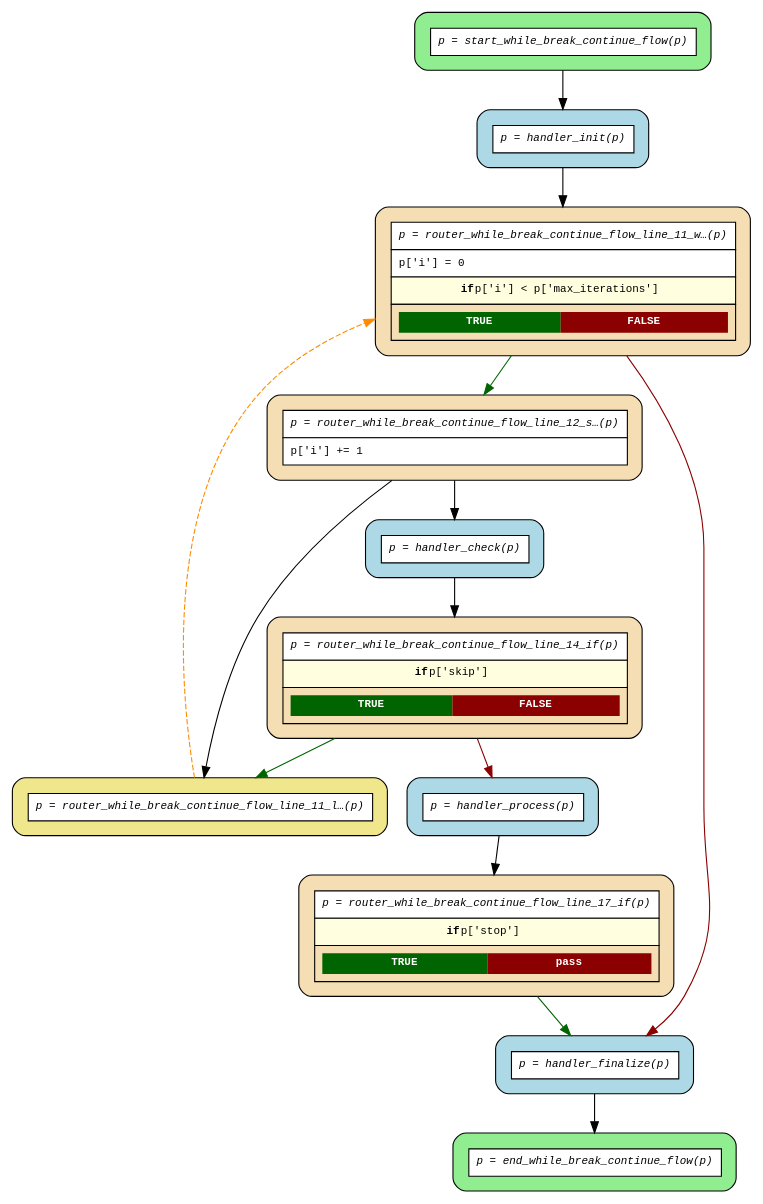
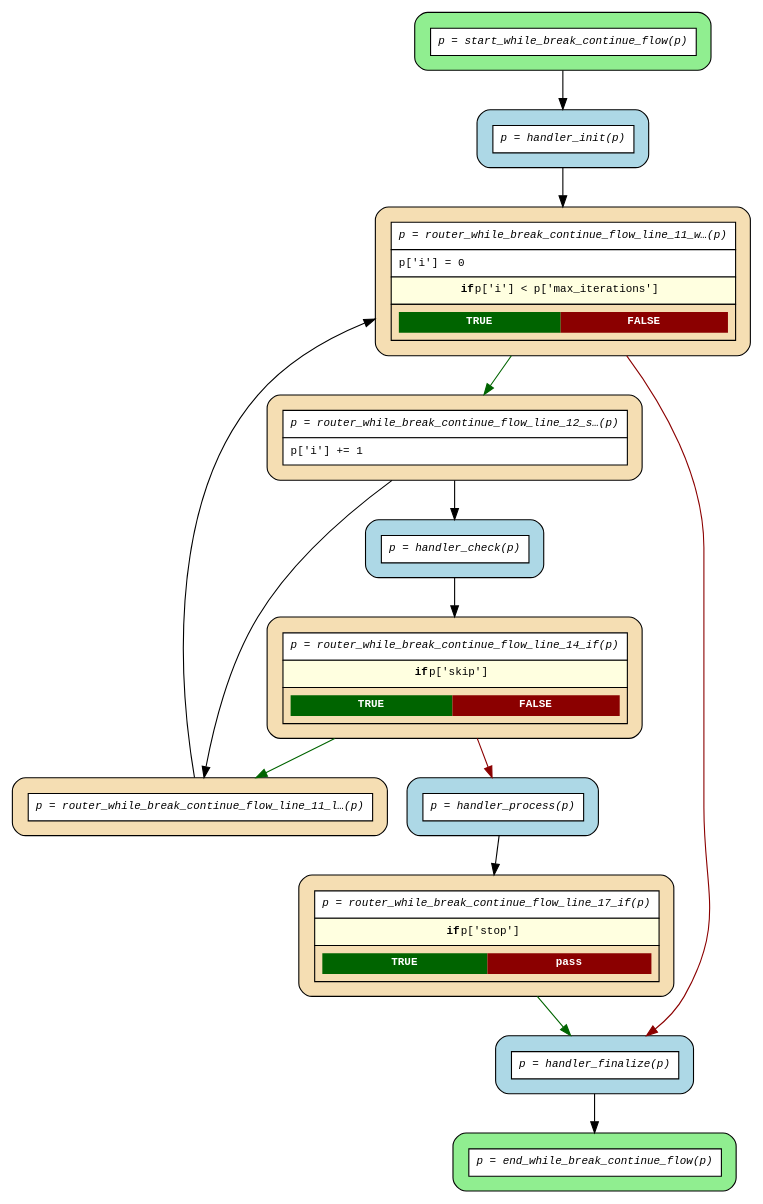
The diagram in examples/flows/compiled/while_break_continue/flow.dot (deliveryhero/asya), drawn with Graphviz before and after one commit. The commit also changed 27 other files, not shown here.

```diff
--- a/examples/flows/compiled/while_break_continue/flow.dot
+++ b/examples/flows/compiled/while_break_continue/flow.dot
@@ -1,32 +1,32 @@
 digraph flow {
   rankdir=TB;
   graph [fontname="Courier", fontsize=10];
   node [fontname="Courier", fontsize=10, shape=box, style="filled,rounded", margin="0.2"];
   edge [fontname="Courier", fontsize=10];
 
   start_while_break_continue_flow [fillcolor="lightgreen", label=<<table border="0" cellspacing="0" cellpadding="6" cellborder="1"><tr><td bgcolor="white" align="center"><i>p = start_while_break_continue_flow(p)</i></td></tr></table>>];
   router_while_break_continue_flow_line_17_if [fillcolor="wheat", label=<<table border="0" cellspacing="0" cellpadding="6" cellborder="1"><tr><td bgcolor="white" align="center"><i>p = router_while_break_continue_flow_line_17_if(p)</i></td></tr><tr><td bgcolor="lightyellow"><b>if</b> p['stop']</td></tr><tr><td><table border="0" cellspacing="0" cellpadding="4"><tr><td bgcolor="darkgreen"><font color="white"><b>TRUE</b></font></td><td bgcolor="darkred"><font color="white"><b>pass</b></font></td></tr></table></td></tr></table>>];
   router_while_break_continue_flow_line_14_if [fillcolor="wheat", label=<<table border="0" cellspacing="0" cellpadding="6" cellborder="1"><tr><td bgcolor="white" align="center"><i>p = router_while_break_continue_flow_line_14_if(p)</i></td></tr><tr><td bgcolor="lightyellow"><b>if</b> p['skip']</td></tr><tr><td><table border="0" cellspacing="0" cellpadding="4"><tr><td bgcolor="darkgreen"><font color="white"><b>TRUE</b></font></td><td bgcolor="darkred"><font color="white"><b>FALSE</b></font></td></tr></table></td></tr></table>>];
   router_while_break_continue_flow_line_12_seq [fillcolor="wheat", label=<<table border="0" cellspacing="0" cellpadding="6" cellborder="1"><tr><td bgcolor="white" align="center"><i>p = router_while_break_continue_flow_line_12_s…(p)</i></td></tr><tr><td bgcolor="white" align="left">p['i'] += 1</td></tr></table>>];
-  router_while_break_continue_flow_line_11_loop_back_0 [fillcolor="khaki", label=<<table border="0" cellspacing="0" cellpadding="6" cellborder="1"><tr><td bgcolor="white" align="center"><i>p = router_while_break_continue_flow_line_11_l…(p)</i></td></tr></table>>];
+  router_while_break_continue_flow_line_11_loop_back_0 [fillcolor="wheat", label=<<table border="0" cellspacing="0" cellpadding="6" cellborder="1"><tr><td bgcolor="white" align="center"><i>p = router_while_break_continue_flow_line_11_l…(p)</i></td></tr></table>>];
   router_while_break_continue_flow_line_11_while_0 [fillcolor="wheat", label=<<table border="0" cellspacing="0" cellpadding="6" cellborder="1"><tr><td bgcolor="white" align="center"><i>p = router_while_break_continue_flow_line_11_w…(p)</i></td></tr><tr><td bgcolor="white" align="left">p['i'] = 0</td></tr><tr><td bgcolor="lightyellow"><b>if</b> p['i'] &lt; p['max_iterations']</td></tr><tr><td><table border="0" cellspacing="0" cellpadding="4"><tr><td bgcolor="darkgreen"><font color="white"><b>TRUE</b></font></td><td bgcolor="darkred"><font color="white"><b>FALSE</b></font></td></tr></table></td></tr></table>>];
   end_while_break_continue_flow [fillcolor="lightgreen", label=<<table border="0" cellspacing="0" cellpadding="6" cellborder="1"><tr><td bgcolor="white" align="center"><i>p = end_while_break_continue_flow(p)</i></td></tr></table>>];
   handler_check [fillcolor="lightblue", label=<<table border="0" cellspacing="0" cellpadding="6" cellborder="1"><tr><td bgcolor="white" align="center"><i>p = handler_check(p)</i></td></tr></table>>];
   handler_finalize [fillcolor="lightblue", label=<<table border="0" cellspacing="0" cellpadding="6" cellborder="1"><tr><td bgcolor="white" align="center"><i>p = handler_finalize(p)</i></td></tr></table>>];
   handler_init [fillcolor="lightblue", label=<<table border="0" cellspacing="0" cellpadding="6" cellborder="1"><tr><td bgcolor="white" align="center"><i>p = handler_init(p)</i></td></tr></table>>];
   handler_process [fillcolor="lightblue", label=<<table border="0" cellspacing="0" cellpadding="6" cellborder="1"><tr><td bgcolor="white" align="center"><i>p = handler_process(p)</i></td></tr></table>>];
 
   handler_check -> router_while_break_continue_flow_line_14_if;
   handler_finalize -> end_while_break_continue_flow;
   handler_init -> router_while_break_continue_flow_line_11_while_0;
   handler_process -> router_while_break_continue_flow_line_17_if;
-  router_while_break_continue_flow_line_11_loop_back_0 -> router_while_break_continue_flow_line_11_while_0 [style=dashed, color=darkorange, constraint=false];
+  router_while_break_continue_flow_line_11_loop_back_0 -> router_while_break_continue_flow_line_11_while_0 [constraint=false];
   router_while_break_continue_flow_line_11_while_0 -> handler_finalize [color=darkred];
   router_while_break_continue_flow_line_11_while_0 -> router_while_break_continue_flow_line_12_seq [color=darkgreen];
   router_while_break_continue_flow_line_12_seq -> handler_check;
   router_while_break_continue_flow_line_12_seq -> router_while_break_continue_flow_line_11_loop_back_0;
   router_while_break_continue_flow_line_14_if -> handler_process [color=darkred];
   router_while_break_continue_flow_line_14_if -> router_while_break_continue_flow_line_11_loop_back_0 [color=darkgreen];
   router_while_break_continue_flow_line_17_if -> handler_finalize [color=darkgreen];
   start_while_break_continue_flow -> handler_init;
 }
```
